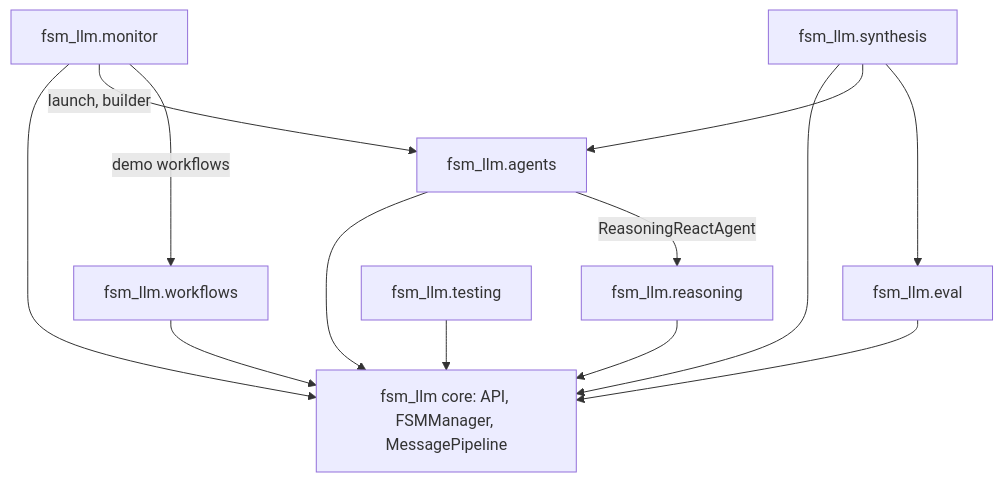
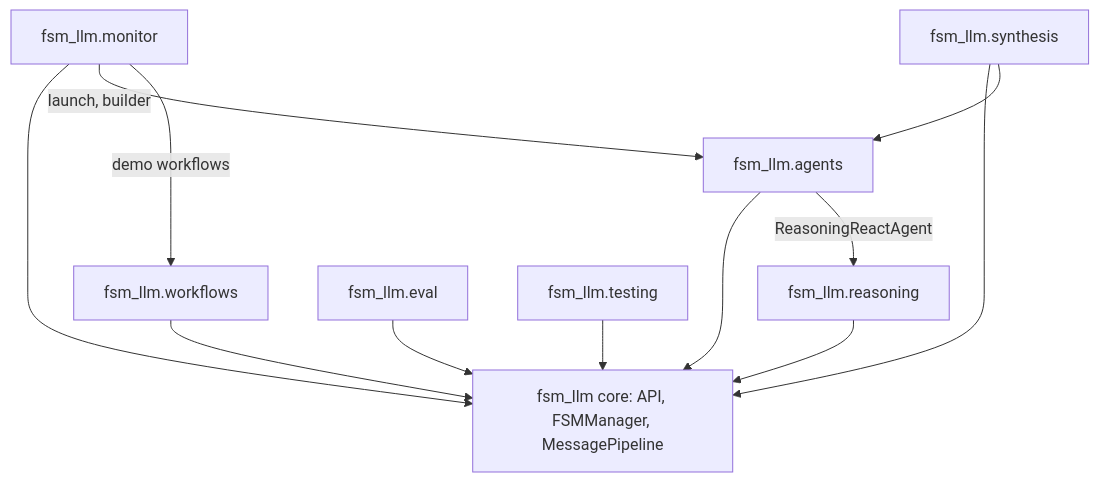
The second of 2 diagrams in docs/concepts.md (NikolasMarkou/fsm_llm), drawn with Mermaid before and after one commit. The commit also changed 39 other files, not shown here.

````diff
--- a/docs/concepts.md
+++ b/docs/concepts.md
@@ -53,16 +53,15 @@
 ```mermaid
 flowchart TD
     core[fsm_llm core: API, FSMManager, MessagePipeline]
     reasoning[fsm_llm.reasoning] --> core
     workflows[fsm_llm.workflows] --> core
     agents[fsm_llm.agents] --> core
     agents -- ReasoningReactAgent --> reasoning
     monitor[fsm_llm.monitor] --> core
     monitor -- launch, builder --> agents
     monitor -- demo workflows --> workflows
     eval[fsm_llm.eval] --> core
     synthesis[fsm_llm.synthesis] --> core
     synthesis --> agents
-    synthesis --> eval
     testing[fsm_llm.testing] --> core
 ```
````
